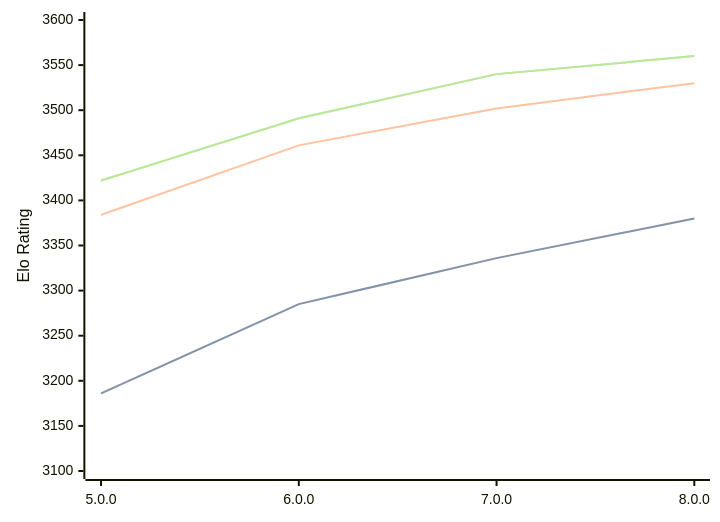
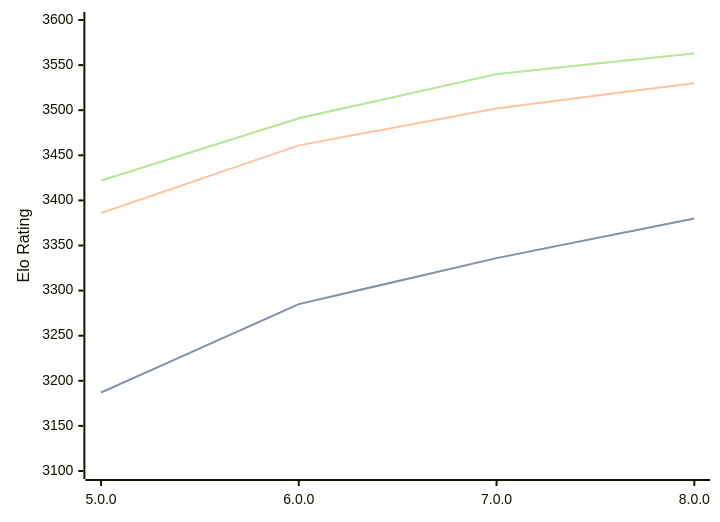
The third of 3 diagrams in engines/Stormphrax.md (computer-chess-index/cci), drawn with Mermaid before and after one commit. The commit also changed other lines of this file, not shown here.

Commit message:
Update CCI Ratings (ELO VLTC) - 2026-07-18

````diff
--- a/engines/Stormphrax.md
+++ b/engines/Stormphrax.md
@@ -72,11 +72,11 @@
 ```mermaid
 %%{init: {"theme":"base","themeVariables":{"seriesColors:['#a3a3a3','#222221','#faa371']}}}%%
 xychart-beta
   x-axis ["5.0.0", "6.0.0", "7.0.0", "8.0.0"]
   y-axis "Elo Rating" 3100 --> 3600
-  line "STC (8.0+0.08s)" [3186, 3285, 3336, 3380]
-  line "STC (8.0+0.08s)" [3186, 3285, 3336, 3380]
-  line "LTC (60.0+0.60s)" [3384, 3461, 3502, 3530]
-  line "VLTC (2m24s+1.12s)" [3422, 3491, 3540, 3560]
-  line "VLTC (2m24s+1.12s)" [3422, 3491, 3540, 3560]
+  line "STC (8.0+0.08s)" [3187, 3285, 3336, 3380]
+  line "STC (8.0+0.08s)" [3187, 3285, 3336, 3380]
+  line "LTC (60.0+0.60s)" [3386, 3461, 3502, 3530]
+  line "VLTC (2m24s+1.12s)" [3422, 3491, 3540, 3563]
+  line "VLTC (2m24s+1.12s)" [3422, 3491, 3540, 3563]
 ```
````
